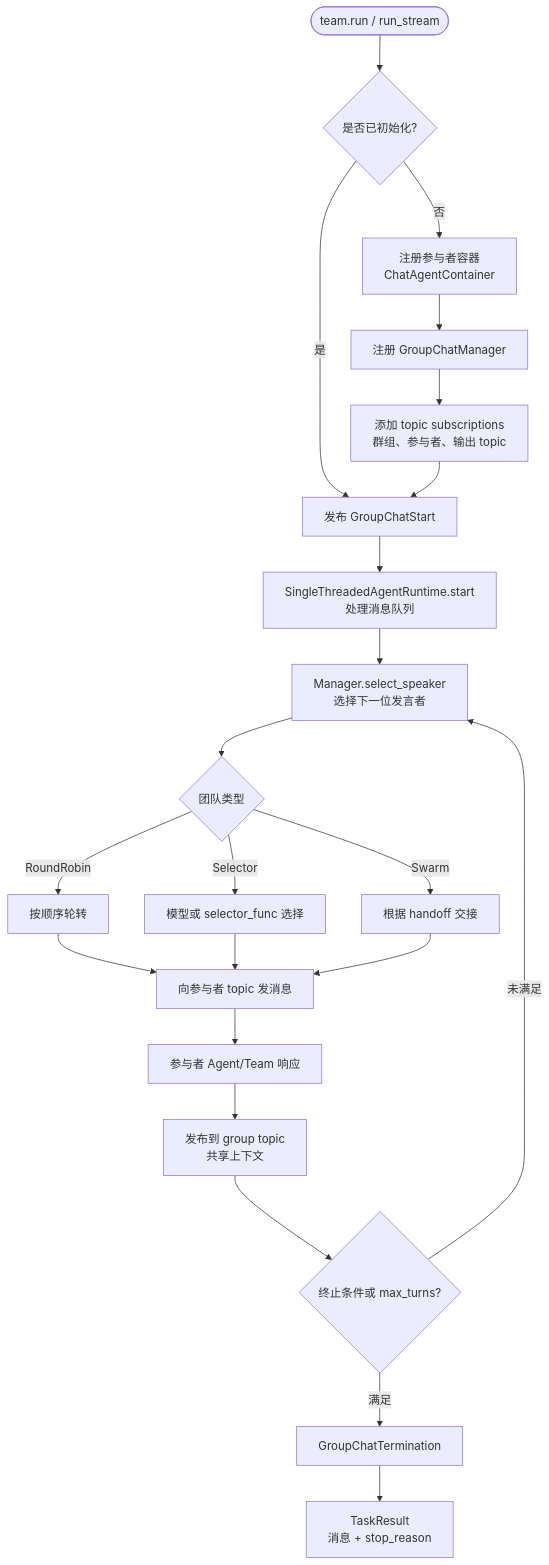
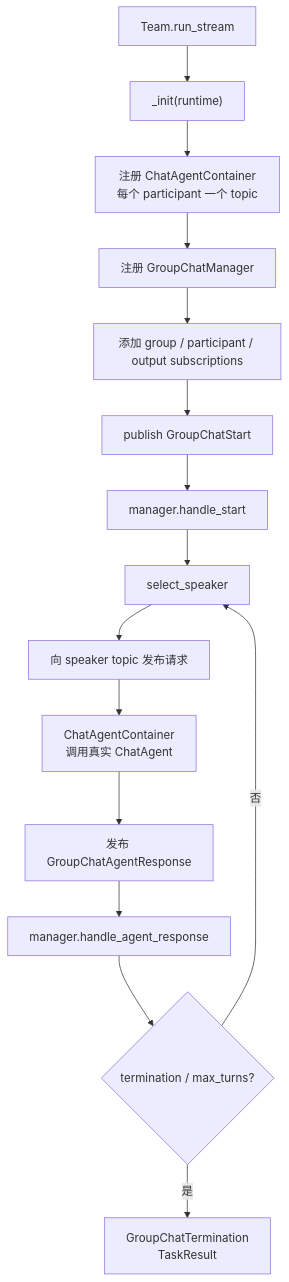
One commit to onlycaizhongwen/llm-framework-internals changed the diagram in docs/autogen-source-analysis/groupchat-flow.mmd. Above: the diagram before and after it, drawn with Mermaid. The commit also changed 7 other files, not shown here.

```diff
--- a/docs/autogen-source-analysis/groupchat-flow.mmd
+++ b/docs/autogen-source-analysis/groupchat-flow.mmd
@@ -1,22 +1,15 @@
 flowchart TD
-    Start([team.run / run_stream]) --> Init{"是否已初始化?"}
-    Init -->|否| Register["注册参与者容器\nChatAgentContainer"]
-    Register --> Manager["注册 GroupChatManager"]
-    Manager --> Subs["添加 topic subscriptions\n群组、参与者、输出 topic"]
-    Init -->|是| StartMsg
-    Subs --> StartMsg["发布 GroupChatStart"]
-    StartMsg --> Runtime["SingleThreadedAgentRuntime.start\n处理消息队列"]
-    Runtime --> Select["Manager.select_speaker\n选择下一位发言者"]
-    Select --> Mode{"团队类型"}
-    Mode -->|RoundRobin| RR["按顺序轮转"]
-    Mode -->|Selector| Sel["模型或 selector_func 选择"]
-    Mode -->|Swarm| Swarm["根据 handoff 交接"]
-    RR --> AgentTopic["向参与者 topic 发消息"]
-    Sel --> AgentTopic
-    Swarm --> AgentTopic
-    AgentTopic --> Participant["参与者 Agent/Team 响应"]
-    Participant --> Publish["发布到 group topic\n共享上下文"]
-    Publish --> Term{"终止条件或 max_turns?"}
-    Term -->|未满足| Select
-    Term -->|满足| Stop["GroupChatTermination"]
-    Stop --> Result["TaskResult\n消息 + stop_reason"]
+    Run["Team.run_stream"] --> Init["_init(runtime)"]
+    Init --> Participants["注册 ChatAgentContainer<br/>每个 participant 一个 topic"]
+    Participants --> Manager["注册 GroupChatManager"]
+    Manager --> Subs["添加 group / participant / output subscriptions"]
+    Subs --> Start["publish GroupChatStart"]
+    Start --> ManagerStart["manager.handle_start"]
+    ManagerStart --> Select["select_speaker"]
+    Select --> AgentTopic["向 speaker topic 发布请求"]
+    AgentTopic --> Container["ChatAgentContainer<br/>调用真实 ChatAgent"]
+    Container --> AgentResponse["发布 GroupChatAgentResponse"]
+    AgentResponse --> ManagerResponse["manager.handle_agent_response"]
+    ManagerResponse --> Term{"termination / max_turns?"}
+    Term -->|否| Select
+    Term -->|是| Stop["GroupChatTermination<br/>TaskResult"]
```
